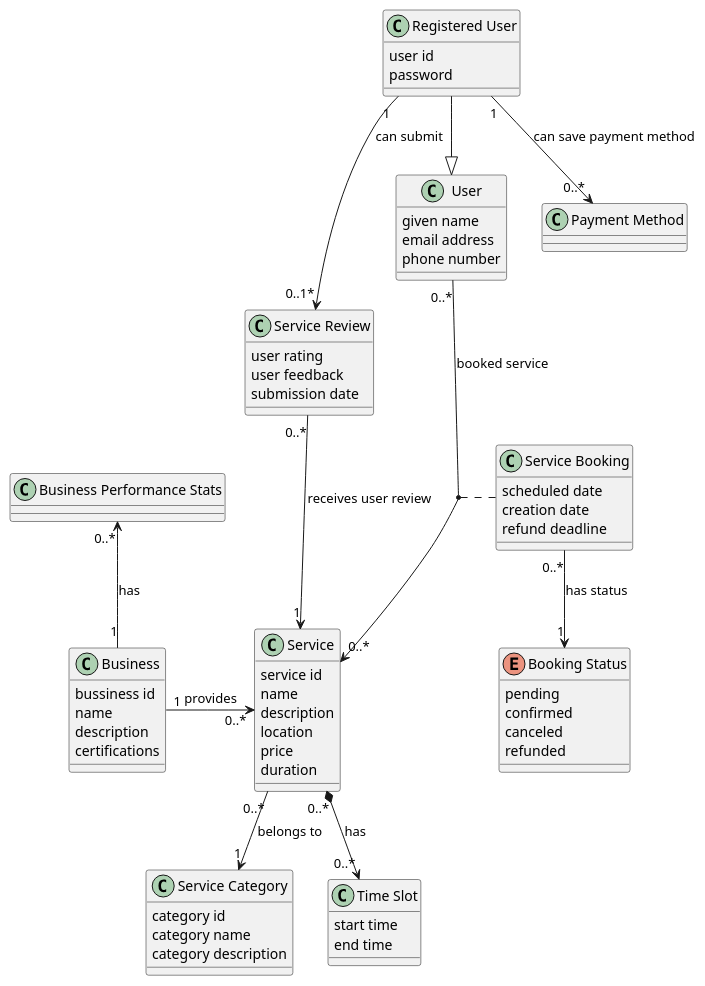
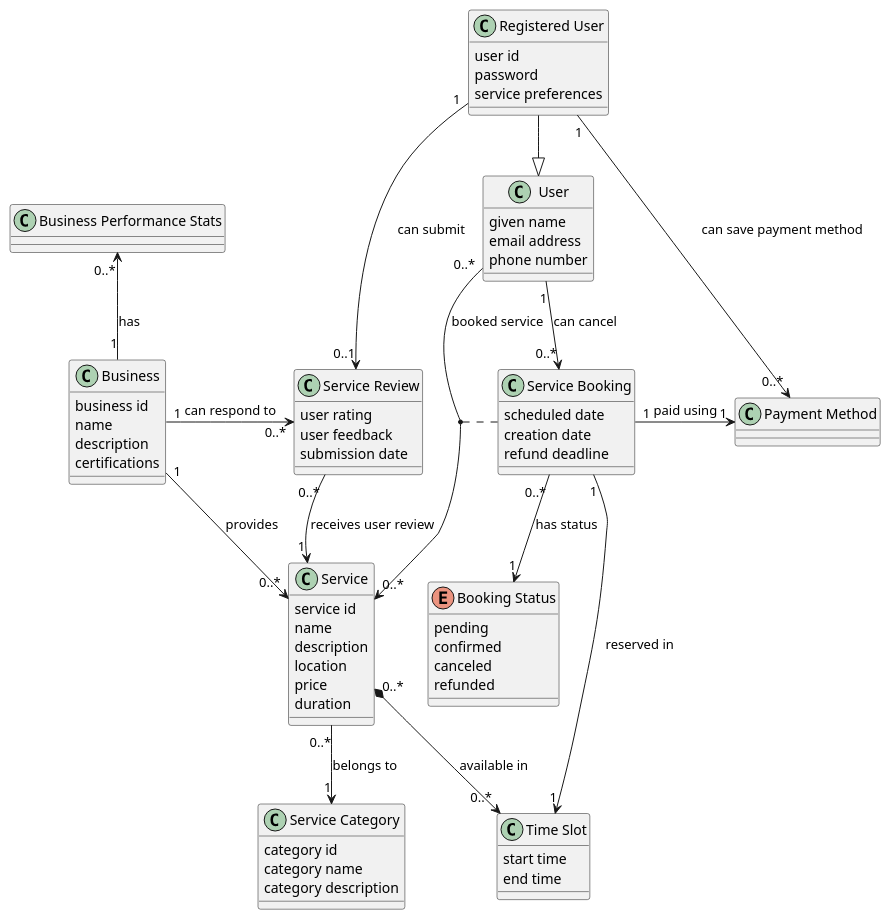
The diagram in uml/uml-class-diagram.plantuml (JuhTyg010/Vellure-NSWI041), drawn with PlantUML before and after one commit. The commit also changed 1 other file, not shown here.

Commit message:
Added updated class diagram

```diff
--- a/uml/uml-class-diagram.plantuml
+++ b/uml/uml-class-diagram.plantuml
@@ -1,77 +1,83 @@
 @startuml
 
 class User {
     given name
     email address
     phone number
 }
 
 class "Registered User" as RegisteredUser {
     user id
     password
+    service preferences
 }
 
 class Business {
-    bussiness id
+    business id
     name
     description
     certifications
 }
 
 class "Business Performance Stats" as BusinessPerformanceStats
 
 class Service {
    service id
    name
    description
    location
    price
    duration
 }
 
 class "Service Category" as ServiceCategory {
     category id
     category name
     category description
 }
 
 class "Service Booking" as ServiceBooking {
     scheduled date
     creation date
     refund deadline
 }
 
 class "Service Review" as ServiceReview {
     user rating
     user feedback
     submission date
 }
 
 class "Time Slot" as TimeSlot {
    start time
    end time
 }
 
 enum "Booking Status" as BookingStatus {
    pending
    confirmed
    canceled
    refunded
 }
 
 class "Payment Method" as PaymentMethod
 
 
 RegisteredUser --|> User
 Business "1" -r-> "0..*" Service : provides
-Service "0..*" *--> "0..*" TimeSlot : has
+Service "0..*" *--> "0..*" TimeSlot : available in
 User "0..*" --> "0..*" Service : booked service
 (User, Service) .. ServiceBooking
 ServiceBooking  "0..*" --> "1" BookingStatus : has status
-RegisteredUser "1" --> "0..*" PaymentMethod : can save payment method
-RegisteredUser "1" --> "0..1*" ServiceReview : can submit
+RegisteredUser "1" -r-> "0..*" PaymentMethod : can save payment method
+RegisteredUser "1" --> "0..1" ServiceReview : can submit
 Service "1" <-u- "0..*" ServiceReview : receives user review
 Service "0..*" --> "1" ServiceCategory : belongs to
 Business "1" -u-> "0..*" BusinessPerformanceStats : has
+Business "1" -r-> "0..*" ServiceReview : can respond to
+User "1" -d-> "0..*" ServiceBooking : can cancel
+ServiceBooking "1" --> "1" TimeSlot : reserved in
+ServiceBooking "1" -r--> "1" PaymentMethod : paid using
+
 
 @enduml
```
